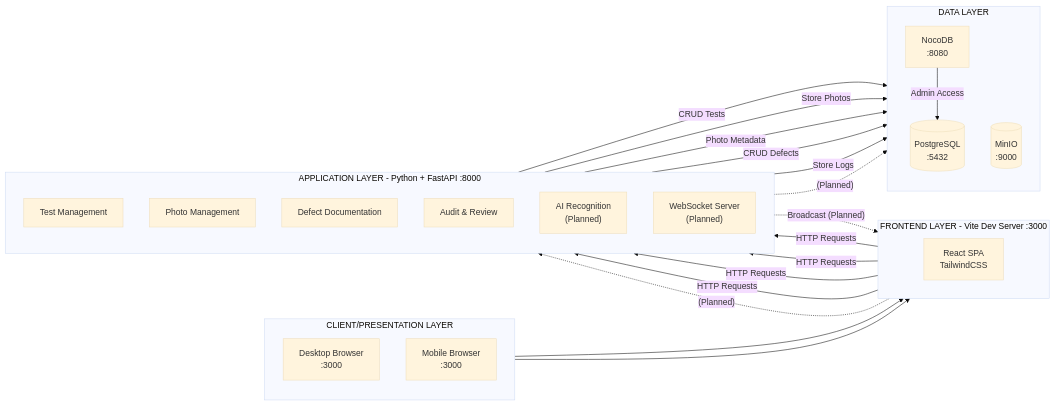
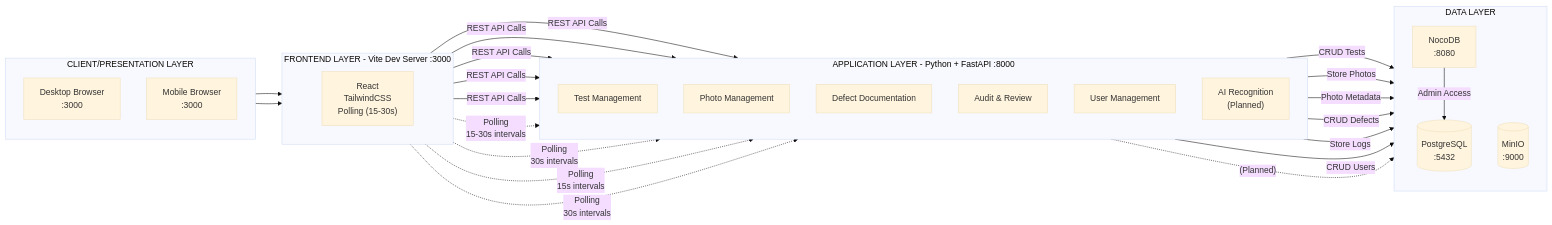
The diagram in docs/detailed_architecture.md (DominykasPivo/QC-Vision), drawn with Mermaid (base theme) before and after one commit. The commit also changed other lines of this file and 32 other files, not shown here.

Commit message:
Fixed architecture diagram + Polling on all pages + changed Gyra -> Jira name.

````diff
--- a/docs/detailed_architecture.md
+++ b/docs/detailed_architecture.md
@@ -5,49 +5,52 @@
 ```mermaid
 flowchart LR
     subgraph CLIENT["CLIENT/PRESENTATION LAYER"]
         direction TB
         WEB["Desktop Browser<br/>:3000"]
         MOBILE["Mobile Browser<br/>:3000"]
     end
 
     subgraph FRONTEND["FRONTEND LAYER - Vite Dev Server :3000"]
         direction LR
-        REACT["React SPA<br/>TailwindCSS"]
+        REACT["React <br/>TailwindCSS<br/>Polling (15-30s)"]
     end
 
     subgraph BACKEND["APPLICATION LAYER - Python + FastAPI :8000"]
         direction TB
         TEST["Test Management"]
         PHOTO["Photo Management"]
         DEFECT["Defect Documentation"]
         AUDIT["Audit & Review"]
+        USER["User Management"]
         AI["AI Recognition<br/>(Planned)"]
-        WS["WebSocket Server<br/>(Planned)"]
     end
 
     subgraph DATA["DATA LAYER"]
         direction TB
         DB[("PostgreSQL<br/>:5432")]
         STORAGE[("MinIO<br/>:9000")]
         NOCODB["NocoDB<br/>:8080"]
     end
 
     WEB --> REACT
     MOBILE --> REACT
-    REACT -->|"HTTP Requests"| TEST
-    REACT -->|"HTTP Requests"| PHOTO
-    REACT -->|"HTTP Requests"| DEFECT
-    REACT -->|"HTTP Requests"| AUDIT
-    REACT -.->|"(Planned)"| WS
+    REACT -->|"REST API Calls"| TEST
+    REACT -->|"REST API Calls"| PHOTO
+    REACT -->|"REST API Calls"| DEFECT
+    REACT -->|"REST API Calls"| AUDIT
+    REACT -->|"REST API Calls"| USER
+    REACT -.->|"Polling<br/>15-30s intervals"| TEST
+    REACT -.->|"Polling<br/>30s intervals"| PHOTO
+    REACT -.->|"Polling<br/>15s intervals"| DEFECT
+    REACT -.->|"Polling<br/>30s intervals"| AUDIT
 
     TEST -->|"CRUD Tests"| DB
     PHOTO -->|"Store Photos"| STORAGE
     PHOTO -->|"Photo Metadata"| DB
     DEFECT -->|"CRUD Defects"| DB
     AUDIT -->|"Store Logs"| DB
+    USER -->|"CRUD Users"| DB
     AI -.->|"(Planned)"| DB
 
     NOCODB -->|"Admin Access"| DB
-
-    WS -.->|"Broadcast (Planned)"| REACT
 ```
````
